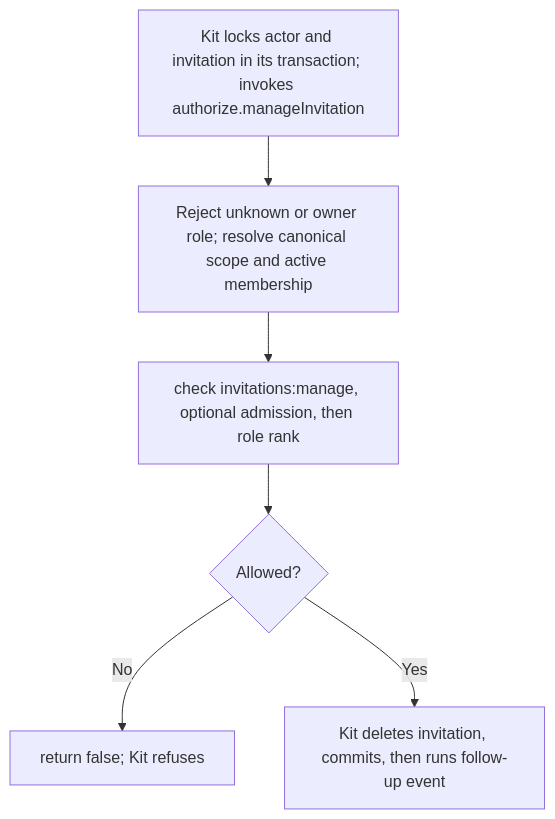
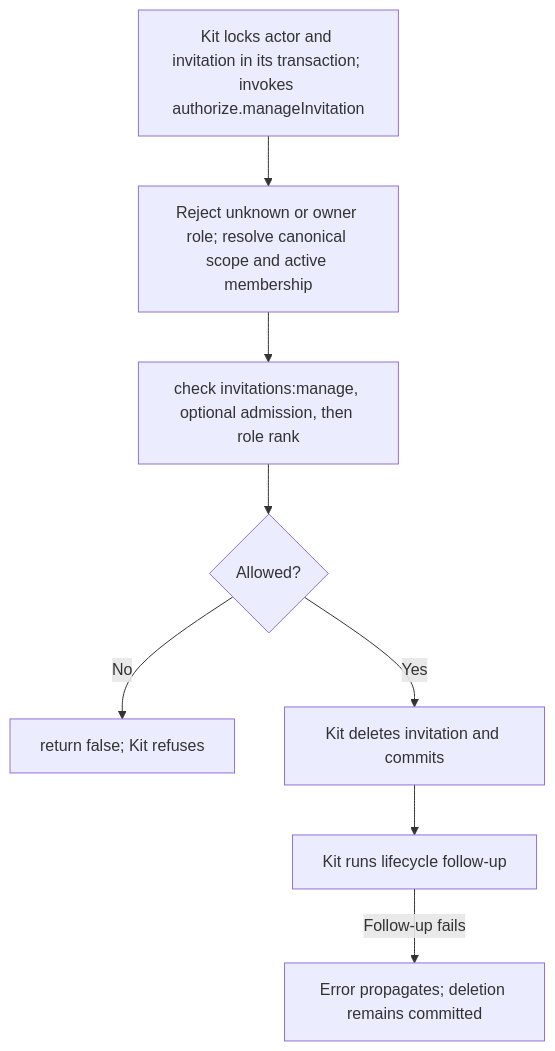
Before and after one commit to Kevinjohn/oss-adonisjs-access-control: the second of 2 diagrams in user-stories/US-ACCESS-24-revoke-invitation.md, drawn with Mermaid. The commit also changed other lines of this file and 18 other files, not shown here.

Commit message:
Reconcile access control story flows

````diff
--- a/user-stories/US-ACCESS-24-revoke-invitation.md
+++ b/user-stories/US-ACCESS-24-revoke-invitation.md
@@ -32,8 +33,10 @@
 ```mermaid
 flowchart TD
     A["Kit locks actor and invitation in its transaction; invokes authorize.manageInvitation"] --> B["Reject unknown or owner role; resolve canonical scope and active membership"]
     B --> C["check invitations:manage, optional admission, then role rank"]
     C --> D{"Allowed?"}
     D -->|No| E["return false; Kit refuses"]
-    D -->|Yes| F["Kit deletes invitation, commits, then runs follow-up event"]
+    D -->|Yes| F["Kit deletes invitation and commits"]
+    F --> G["Kit runs lifecycle follow-up"]
+    G -->|Follow-up fails| H["Error propagates; deletion remains committed"]
 ```
````
